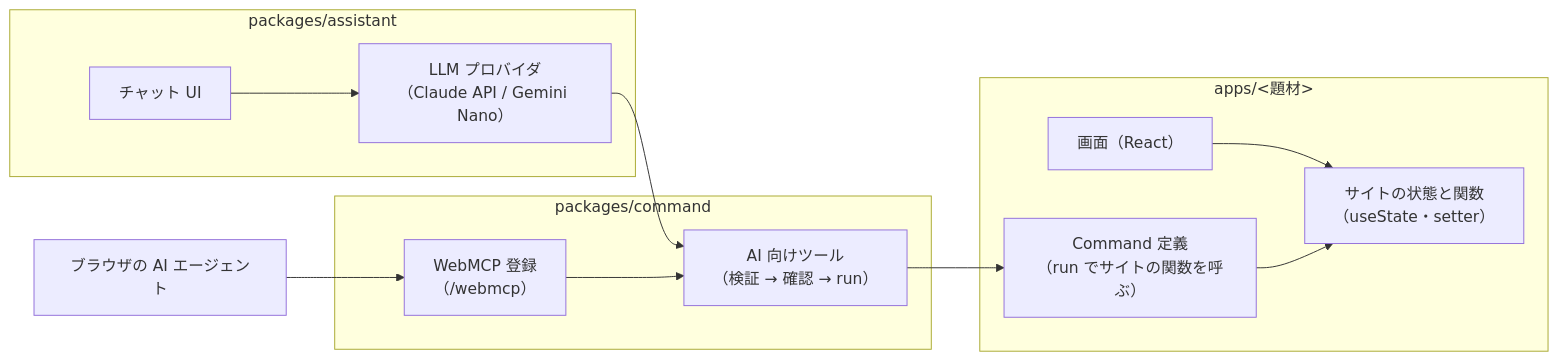
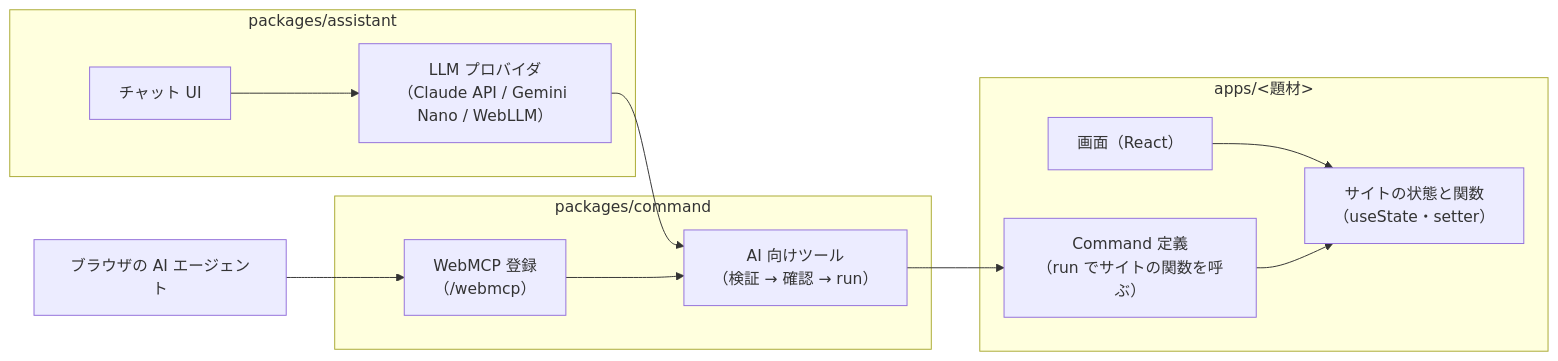
Before and after one commit to fujibayashi-ast/ai-friendly: the diagram in docs/architecture.md, drawn with Mermaid. The commit also changed other lines of this file and 20 other files, not shown here.

First line of the commit message:
feat: WebLLM（Qwen3.5 4B）をチャットの LLM として選べるようにする (#42)

````diff
--- a/docs/architecture.md
+++ b/docs/architecture.md
@@ -5,22 +5,22 @@
 ```mermaid
 flowchart LR
   subgraph app["apps/&lt;題材&gt;"]
     UI["画面（React）"]
     State["サイトの状態と関数<br>（useState・setter）"]
     Defs["Command 定義<br>（run でサイトの関数を呼ぶ）"]
   end
   subgraph assistant["packages/assistant"]
     Chat["チャット UI"]
-    LLM["LLM プロバイダ<br>（Claude API / Gemini Nano）"]
+    LLM["LLM プロバイダ<br>（Claude API / Gemini Nano / WebLLM）"]
   end
   subgraph command["packages/command"]
     Tools["AI 向けツール<br>（検証 → 確認 → run）"]
     WebMCP["WebMCP 登録<br>（/webmcp）"]
   end
   Agent["ブラウザの AI エージェント"]
 
   UI --> State
   Chat --> LLM --> Tools
   Agent --> WebMCP --> Tools
   Tools --> Defs --> State
 ```
````
